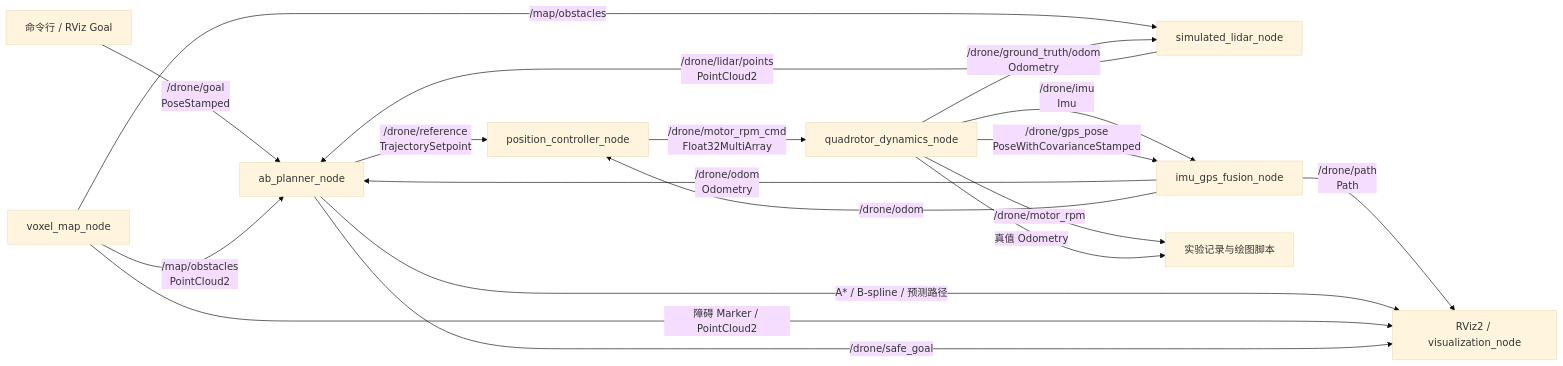
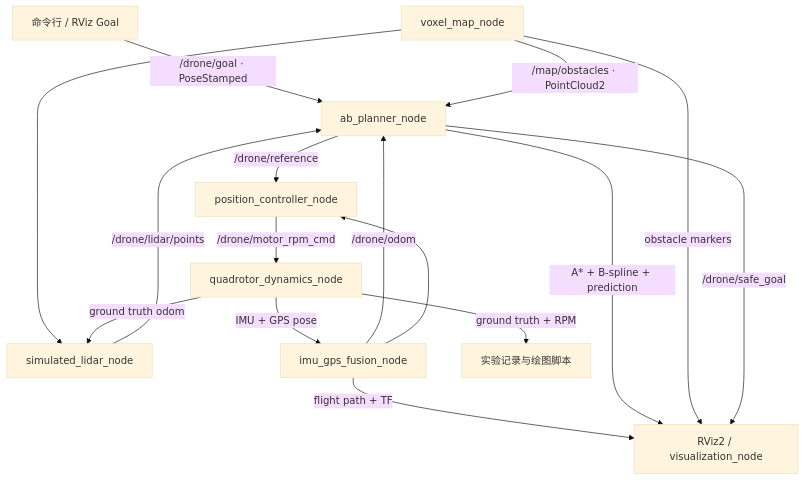
Before and after one commit to A-Keeee/drone_sim: the first of 2 diagrams in report/REPORT.md, drawn with Mermaid (base theme). The commit also changed other lines of this file, not shown here.

````diff
--- a/report/REPORT.md
+++ b/report/REPORT.md
@@ -57,24 +54,30 @@
 ```mermaid
-flowchart LR
-    U[命令行 / RViz Goal] -->|/drone/goal<br/>PoseStamped| P[ab_planner_node]
-    M[voxel_map_node] -->|/map/obstacles<br/>PointCloud2| P
-    M -->|/map/obstacles| L[simulated_lidar_node]
+flowchart TB
+    U[命令行 / RViz Goal]
+    M[voxel_map_node]
+    L[simulated_lidar_node]
+    P[ab_planner_node]
+    C[position_controller_node]
+    D[quadrotor_dynamics_node]
+    E[imu_gps_fusion_node]
+    V[RViz2 / visualization_node]
+    R[实验记录与绘图脚本]
 
-    D[quadrotor_dynamics_node] -->|/drone/ground_truth/odom<br/>Odometry| L
-    L -->|/drone/lidar/points<br/>PointCloud2| P
+    U -->|/drone/goal · PoseStamped| P
+    M -->|/map/obstacles · PointCloud2| P
+    M --> L
+    D -->|ground truth odom| L
+    L -->|/drone/lidar/points| P
 
-    D -->|/drone/imu<br/>Imu| E[imu_gps_fusion_node]
-    D -->|/drone/gps_pose<br/>PoseWithCovarianceStamped| E
-    E -->|/drone/odom<br/>Odometry| P
-    E -->|/drone/odom| C[position_controller_node]
+    D -->|IMU + GPS pose| E
+    E -->|/drone/odom| P
+    E --> C
+    P -->|/drone/reference| C
+    C -->|/drone/motor_rpm_cmd| D
 
-    P -->|/drone/reference<br/>TrajectorySetpoint| C
-    C -->|/drone/motor_rpm_cmd<br/>Float32MultiArray| D
-
-    E -->|/drone/path<br/>Path| V[RViz2 / visualization_node]
-    P -->|A* / B-spline / 预测路径| V
-    M -->|障碍 Marker / PointCloud2| V
+    E -->|flight path + TF| V
+    P -->|A* + B-spline + prediction| V
+    M -->|obstacle markers| V
     P -->|/drone/safe_goal| V
-    D -->|/drone/motor_rpm| R[实验记录与绘图脚本]
-    D -->|真值 Odometry| R
+    D -->|ground truth + RPM| R
 ```
````
